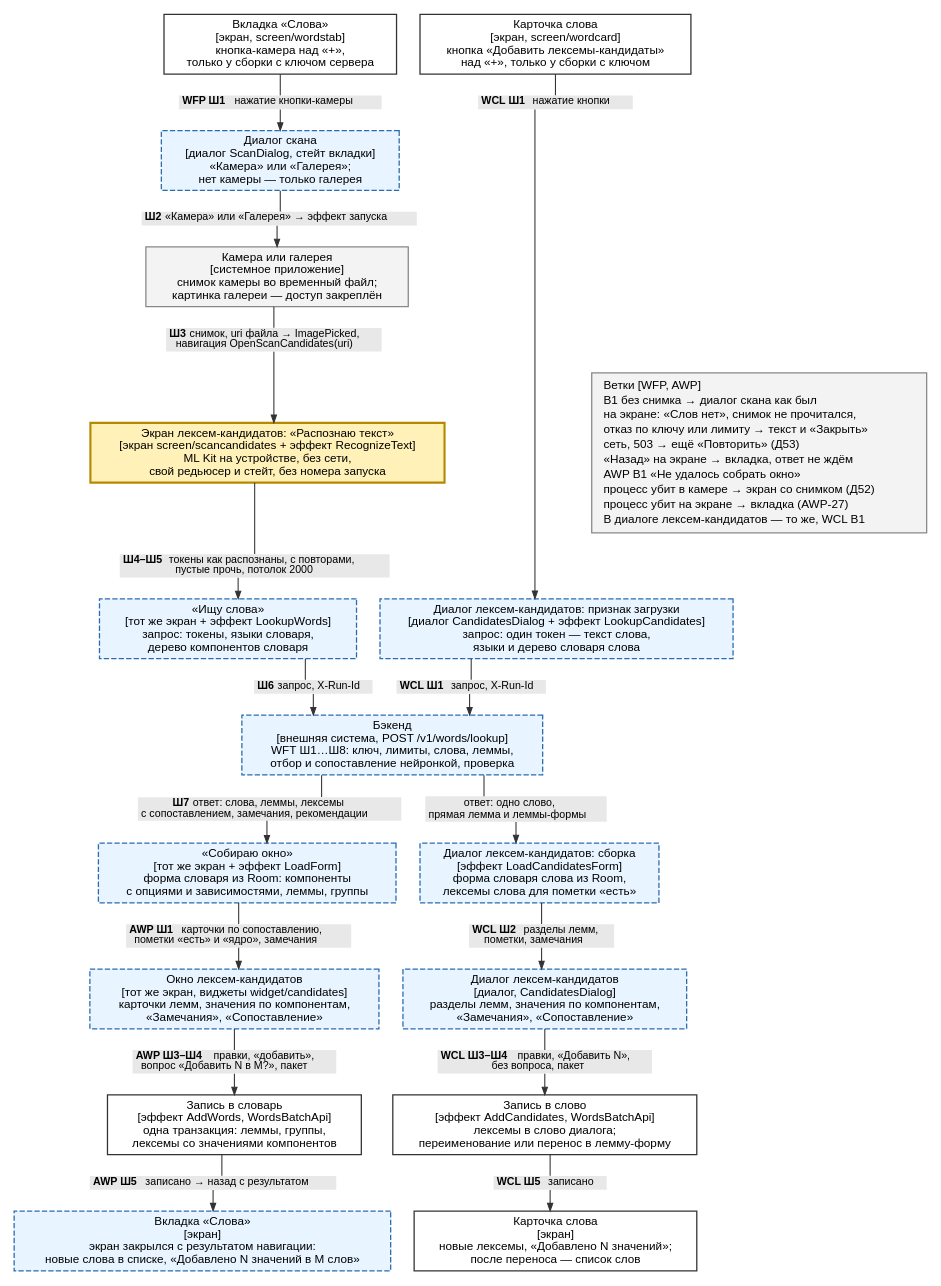
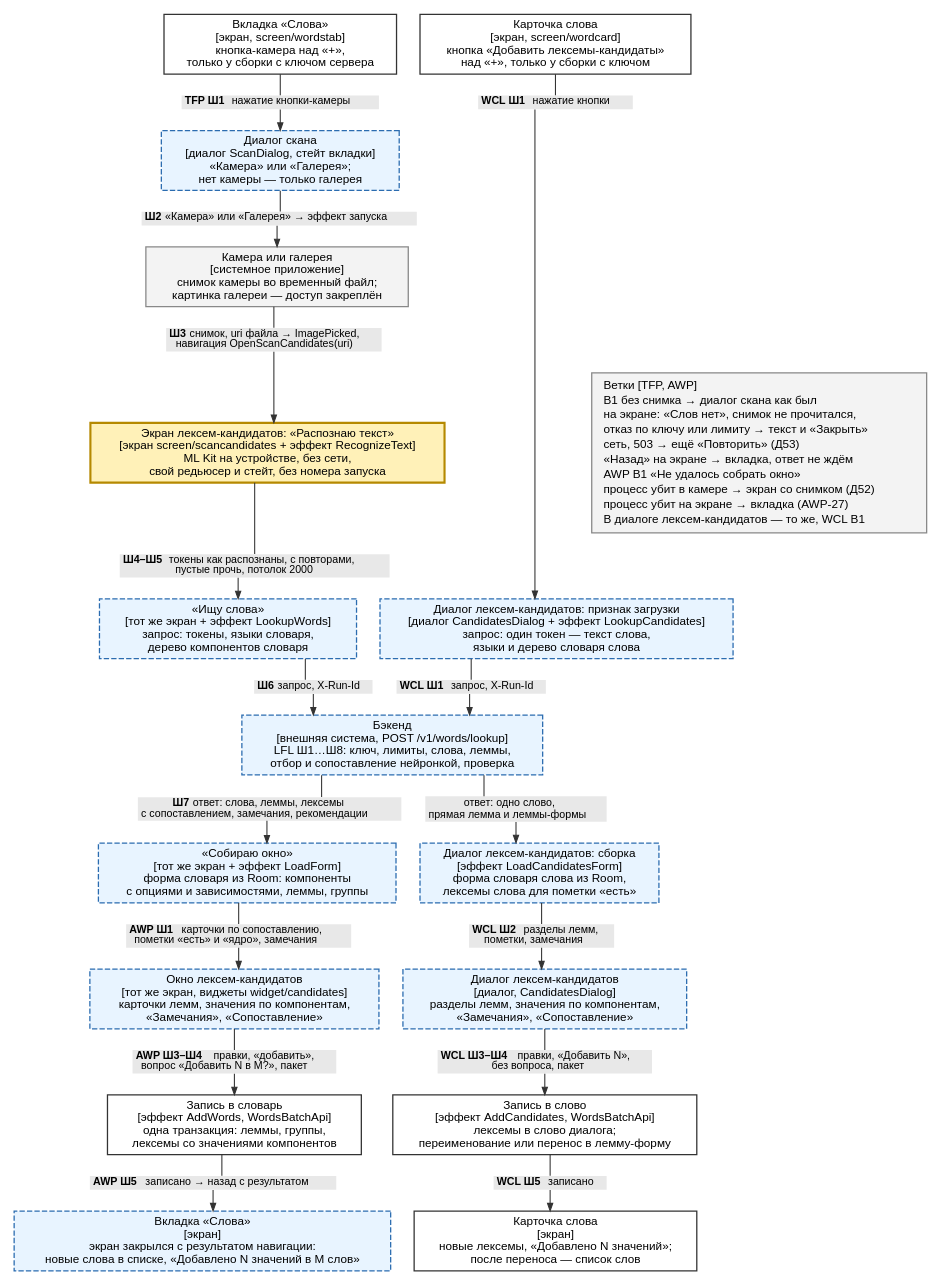
One commit to KilgoreT/PolyTrainer changed the diagram in docs/features/IS536_llm_values/hld-app-path.dot. Above: the diagram before and after it, drawn with Graphviz. The commit also changed 189 other files, not shown here.

Commit message:
IS537, IS538. Слова из текста: списки словарных форм с сервера, карточка под словом со значениями по лемме и записью по одному слову; спеки, планы, ручники этапов 1 и 2

```diff
--- a/docs/features/IS536_llm_values/hld-app-path.dot
+++ b/docs/features/IS536_llm_values/hld-app-path.dot
@@ -1,107 +1,107 @@
 digraph AppPath {
   // Путь фичи в приложении: откуда запускается, через какие окна идёт,
   // куда приходит. Две колонки — снимок и карточка слова, общие блоки
-  // между ними. На ребре — шаг спеки WFP, AWP или WCL и что передаётся.
+  // между ними. На ребре — шаг спеки TFP, AWP или WCL и что передаётся.
   // После Д51 путь снимка: вкладка открывает только диалог скана, после
   // снимка — отдельный экран со своим редьюсером.
   graph [rankdir=TB, newrank=true, remincross=false, splines=ortho,
          nodesep=0.3, ranksep=0.28, pad=0.08,
          fontname="Helvetica", fontsize=11, labeljust=c];
   node  [shape=box, style="filled", fillcolor="white", color="#333333", penwidth=1.2,
          fontname="Helvetica", fontsize=11, margin="0.10,0.05"];
   edge  [arrowsize=0.7, color="#333333"];
 
-  // ----- колонка снимка (WFP → AWP) -----
+  // ----- колонка снимка (TFP → AWP) -----
   S1 [group=s, label="Вкладка «Слова»\n[экран, screen/wordstab]\nкнопка-камера над «+»,\nтолько у сборки с ключом сервера"];
   S2 [group=s, label="Диалог скана\n[диалог ScanDialog, стейт вкладки]\n«Камера» или «Галерея»;\nнет камеры — только галерея",
       style="filled,dashed", fillcolor="#e8f4ff", color="#2b6cb0"];
   S3 [group=s, label="Камера или галерея\n[системное приложение]\nснимок камеры во временный файл;\nкартинка галереи — доступ закреплён",
       fillcolor="#f3f3f3", color="#888888"];
   S4 [group=s, label="Экран лексем-кандидатов: «Распознаю текст»\n[экран screen/scancandidates + эффект RecognizeText]\nML Kit на устройстве, без сети,\nсвой редьюсер и стейт, без номера запуска",
       fillcolor="#fff1b8", color="#b58900", penwidth=2];
   S5 [group=s, label="«Ищу слова»\n[тот же экран + эффект LookupWords]\nзапрос: токены, языки словаря,\nдерево компонентов словаря",
       style="filled,dashed", fillcolor="#e8f4ff", color="#2b6cb0"];
   S6 [group=s, label="«Собираю окно»\n[тот же экран + эффект LoadForm]\nформа словаря из Room: компоненты\nс опциями и зависимостями, леммы, группы",
       style="filled,dashed", fillcolor="#e8f4ff", color="#2b6cb0"];
   S7 [group=s, label="Окно лексем-кандидатов\n[тот же экран, виджеты widget/candidates]\nкарточки лемм, значения по компонентам,\n«Замечания», «Сопоставление»",
       style="filled,dashed", fillcolor="#e8f4ff", color="#2b6cb0"];
   S8 [group=s, label="Запись в словарь\n[эффект AddWords, WordsBatchApi]\nодна транзакция: леммы, группы,\nлексемы со значениями компонентов"];
   S9 [group=s, label="Вкладка «Слова»\n[экран]\nэкран закрылся с результатом навигации:\nновые слова в списке, «Добавлено N значений в M слов»",
       style="filled,dashed", fillcolor="#e8f4ff", color="#2b6cb0"];
 
   // ----- колонка карточки слова (WCL) -----
   C1 [group=c, label="Карточка слова\n[экран, screen/wordcard]\nкнопка «Добавить лексемы-кандидаты»\nнад «+», только у сборки с ключом"];
   C2 [group=c, label="Диалог лексем-кандидатов: признак загрузки\n[диалог CandidatesDialog + эффект LookupCandidates]\nзапрос: один токен — текст слова,\nязыки и дерево словаря слова",
       style="filled,dashed", fillcolor="#e8f4ff", color="#2b6cb0"];
   C3 [group=c, label="Диалог лексем-кандидатов: сборка\n[эффект LoadCandidatesForm]\nформа словаря слова из Room,\nлексемы слова для пометки «есть»",
       style="filled,dashed", fillcolor="#e8f4ff", color="#2b6cb0"];
   C4 [group=c, label="Диалог лексем-кандидатов\n[диалог, CandidatesDialog]\nразделы лемм, значения по компонентам,\n«Замечания», «Сопоставление»",
       style="filled,dashed", fillcolor="#e8f4ff", color="#2b6cb0"];
   C5 [group=c, label="Запись в слово\n[эффект AddCandidates, WordsBatchApi]\nлексемы в слово диалога;\nпереименование или перенос в лемму-форму"];
   C6 [group=c, label="Карточка слова\n[экран]\nновые лексемы, «Добавлено N значений»;\nпосле переноса — список слов"];
 
   // ----- общие блоки -----
-  BE [label="Бэкенд\n[внешняя система, POST /v1/words/lookup]\nWFT Ш1…Ш8: ключ, лимиты, слова, леммы,\nотбор и сопоставление нейронкой, проверка",
+  BE [label="Бэкенд\n[внешняя система, POST /v1/words/lookup]\nLFL Ш1…Ш8: ключ, лимиты, слова, леммы,\nотбор и сопоставление нейронкой, проверка",
       style="filled,dashed", fillcolor="#e8f4ff", color="#2b6cb0"];
 
   NOTE [style="filled", fillcolor="#f3f3f3", color="#888888", margin="0.12,0.06",
         label=<<table border="0" cellpadding="0" cellspacing="2">
-          <tr><td align="left">Ветки [WFP, AWP]</td></tr>
+          <tr><td align="left">Ветки [TFP, AWP]</td></tr>
           <tr><td align="left">В1 без снимка → диалог скана как был</td></tr>
           <tr><td align="left">на экране: «Слов нет», снимок не прочитался,</td></tr>
           <tr><td align="left">отказ по ключу или лимиту → текст и «Закрыть»</td></tr>
           <tr><td align="left">сеть, 503 → ещё «Повторить» (Д53)</td></tr>
           <tr><td align="left">«Назад» на экране → вкладка, ответ не ждём</td></tr>
           <tr><td align="left">AWP В1 «Не удалось собрать окно»</td></tr>
           <tr><td align="left">процесс убит в камере → экран со снимком (Д52)</td></tr>
           <tr><td align="left">процесс убит на экране → вкладка (AWP-27)</td></tr>
           <tr><td align="left">В диалоге лексем-кандидатов — то же, WCL В1</td></tr>
         </table>>];
 
   // ----- подписи рёбер: узлы в разрыве линии -----
   node [shape=box, style="filled", fillcolor="#e8e8e8", color="#e8e8e8", penwidth=0,
         fontsize=10, margin="0.04,0.02", width=0, height=0];
-  s1 [label=<<b>WFP Ш1</b> нажатие кнопки-камеры>];
+  s1 [label=<<b>TFP Ш1</b> нажатие кнопки-камеры>];
   s2 [label=<<b>Ш2</b> «Камера» или «Галерея» → эффект запуска>];
   s3 [label=<<b>Ш3</b> снимок, uri файла → ImagePicked,<br/>навигация OpenScanCandidates(uri)>];
   s4 [label=<<b>Ш4–Ш5</b> токены как распознаны, с повторами,<br/>пустые прочь, потолок 2000>];
   s5 [label=<<b>Ш6</b> запрос, X-Run-Id>];
   s6 [label=<<b>Ш7</b> ответ: слова, леммы, лексемы<br/>с сопоставлением, замечания, рекомендации>];
   s7 [label=<<b>AWP Ш1</b> карточки по сопоставлению,<br/>пометки «есть» и «ядро», замечания>];
   s8 [label=<<b>AWP Ш3–Ш4</b> правки, «добавить»,<br/>вопрос «Добавить N в M?», пакет>];
   s9 [label=<<b>AWP Ш5</b> записано → назад с результатом>];
   c1 [label=<<b>WCL Ш1</b> нажатие кнопки>];
   c2 [label=<<b>WCL Ш1</b> запрос, X-Run-Id>];
   c3 [label=<ответ: одно слово,<br/>прямая лемма и леммы-формы>];
   c4 [label=<<b>WCL Ш2</b> разделы лемм,<br/>пометки, замечания>];
   c5 [label=<<b>WCL Ш3–Ш4</b> правки, «Добавить N»,<br/>без вопроса, пакет>];
   c6 [label=<<b>WCL Ш5</b> записано>];
 
   { rank=same; S1 -> C1 [style=invis]; }
   { rank=same; s1 -> c1 [style=invis]; }
   { rank=same; S5 -> C2 [style=invis]; }
   { rank=same; s5 -> c2 [style=invis]; }
   { rank=same; s6 -> c3 [style=invis]; }
   { rank=same; S6 -> C3 [style=invis]; }
   { rank=same; S7 -> C4 [style=invis]; }
   { rank=same; S8 -> C5 [style=invis]; }
   { rank=same; S9 -> C6 [style=invis]; }
   { rank=same; S4; NOTE; }
 
   S1 -> s1 [arrowhead=none]; s1 -> S2;
   S2 -> s2 [arrowhead=none]; s2 -> S3;
   S3 -> s3 [arrowhead=none]; s3 -> S4;
   S4 -> s4 [arrowhead=none]; s4 -> S5;
   S5 -> s5 [arrowhead=none]; s5 -> BE;
   BE -> s6 [arrowhead=none]; s6 -> S6;
   S6 -> s7 [arrowhead=none]; s7 -> S7;
   S7 -> s8 [arrowhead=none]; s8 -> S8;
   S8 -> s9 [arrowhead=none]; s9 -> S9;
 
   C1 -> c1 [arrowhead=none]; c1 -> C2;
   C2 -> c2 [arrowhead=none]; c2 -> BE;
   BE -> c3 [arrowhead=none]; c3 -> C3;
   C3 -> c4 [arrowhead=none]; c4 -> C4;
   C4 -> c5 [arrowhead=none]; c5 -> C5;
   C5 -> c6 [arrowhead=none]; c6 -> C6;
 }
```
